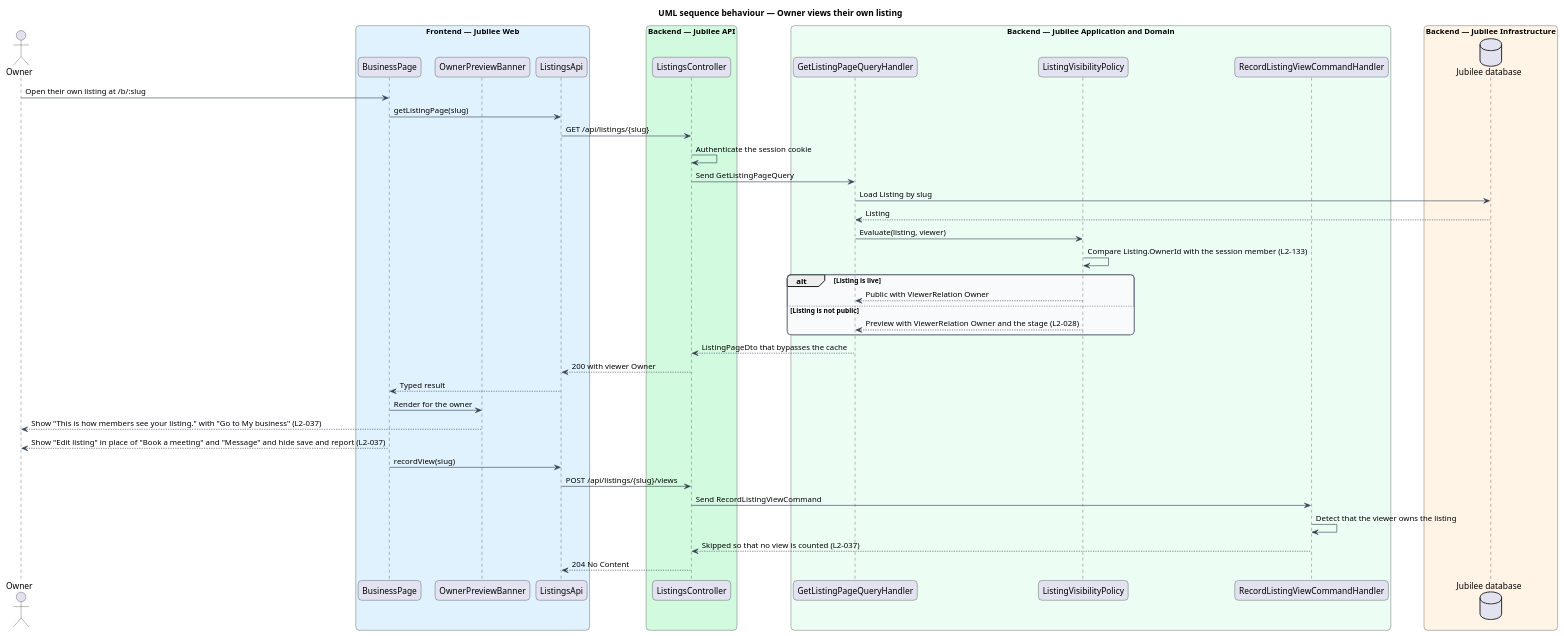
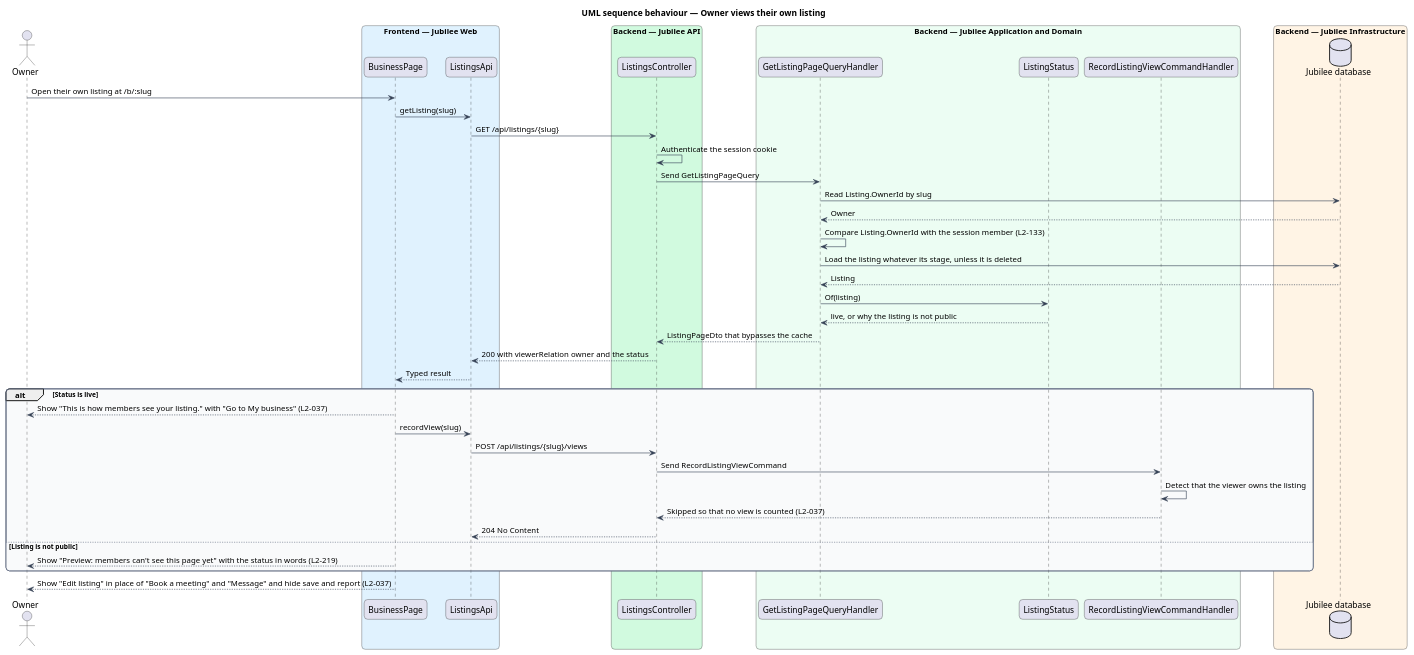
The diagram in docs/detailed-designs/listings/view-business-page/diagrams/sequence-owner-view.puml (QuinntyneBrown/jubilee), drawn with PlantUML before and after one commit. The commit also changed 28 other files, not shown here.

First line of the commit message:
Specify the rest of journey 2: sold-out cards, the preview status, back-in-stock notices

```diff
--- a/docs/detailed-designs/listings/view-business-page/diagrams/sequence-owner-view.puml
+++ b/docs/detailed-designs/listings/view-business-page/diagrams/sequence-owner-view.puml
@@ -1,60 +1,60 @@
 @startuml
 title UML sequence behaviour — Owner views their own listing
 skinparam backgroundColor #FFFFFF
 skinparam shadowing false
 skinparam roundcorner 12
 skinparam defaultFontName Arial
 skinparam ArrowColor #344054
 skinparam rectangle {
   BorderColor #344054
   FontColor #101828
 }
 skinparam package {
   BorderColor #667085
   FontColor #101828
   BackgroundColor #F9FAFB
 }
 actor "Owner" as actor
 box "Frontend — Jubilee Web" #E0F2FE
   participant "BusinessPage" as page
-  participant "OwnerPreviewBanner" as banner
   participant "ListingsApi" as client
 end box
 box "Backend — Jubilee API" #D1FADF
   participant "ListingsController" as controller
 end box
 box "Backend — Jubilee Application and Domain" #ECFDF3
   participant "GetListingPageQueryHandler" as handler
-  participant "ListingVisibilityPolicy" as policy
+  participant "ListingStatus" as status
   participant "RecordListingViewCommandHandler" as views
 end box
 box "Backend — Jubilee Infrastructure" #FFF4E5
   database "Jubilee database" as db
 end box
 actor -> page : Open their own listing at /b/:slug
-page -> client : getListingPage(slug)
+page -> client : getListing(slug)
 client -> controller : GET /api/listings/{slug}
 controller -> controller : Authenticate the session cookie
 controller -> handler : Send GetListingPageQuery
-handler -> db : Load Listing by slug
+handler -> db : Read Listing.OwnerId by slug
+db --> handler : Owner
+handler -> handler : Compare Listing.OwnerId with the session member (L2-133)
+handler -> db : Load the listing whatever its stage, unless it is deleted
 db --> handler : Listing
-handler -> policy : Evaluate(listing, viewer)
-policy -> policy : Compare Listing.OwnerId with the session member (L2-133)
-alt Listing is live
-  policy --> handler : Public with ViewerRelation Owner
+handler -> status : Of(listing)
+status --> handler : live, or why the listing is not public
+handler --> controller : ListingPageDto that bypasses the cache
+controller --> client : 200 with viewerRelation owner and the status
+client --> page : Typed result
+alt Status is live
+  page --> actor : Show "This is how members see your listing." with "Go to My business" (L2-037)
+  page -> client : recordView(slug)
+  client -> controller : POST /api/listings/{slug}/views
+  controller -> views : Send RecordListingViewCommand
+  views -> views : Detect that the viewer owns the listing
+  views --> controller : Skipped so that no view is counted (L2-037)
+  controller --> client : 204 No Content
 else Listing is not public
-  policy --> handler : Preview with ViewerRelation Owner and the stage (L2-028)
+  page --> actor : Show "Preview: members can't see this page yet" with the status in words (L2-219)
 end
-handler --> controller : ListingPageDto that bypasses the cache
-controller --> client : 200 with viewer Owner
-client --> page : Typed result
-page -> banner : Render for the owner
-banner --> actor : Show "This is how members see your listing." with "Go to My business" (L2-037)
 page --> actor : Show "Edit listing" in place of "Book a meeting" and "Message" and hide save and report (L2-037)
-page -> client : recordView(slug)
-client -> controller : POST /api/listings/{slug}/views
-controller -> views : Send RecordListingViewCommand
-views -> views : Detect that the viewer owns the listing
-views --> controller : Skipped so that no view is counted (L2-037)
-controller --> client : 204 No Content
 @enduml
```
